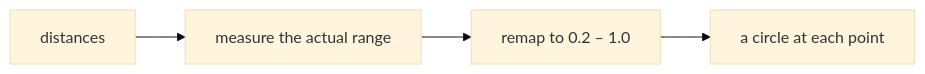
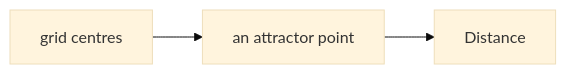
Before and after one commit to rccn-teaching/cdf: the second of 4 diagrams in Lecture/Week_10/goals.md, drawn with Mermaid (base theme). The commit also changed other lines of this file and 23 other files, not shown here.

Commit message:
Refactor lecture materials for Weeks 13-15: update README and goals to enhance clarity and structure; adjust session objectives and commands; improve flowcharts and voting processes for better engagement and understanding.

````diff
--- a/Lecture/Week_10/goals.md
+++ b/Lecture/Week_10/goals.md
@@ -32,6 +35,7 @@
 ```mermaid
 flowchart LR
-    A["distances"] --> M["measure the actual range"]
-    M --> R["remap to 0.2 – 1.0"]
-    R --> C["a circle at each point"]
+    G0["grid centres"]
+    A1["an attractor point"]
+    D2["Distance"]
+    G0 --> A1 --> D2
 ```
````
